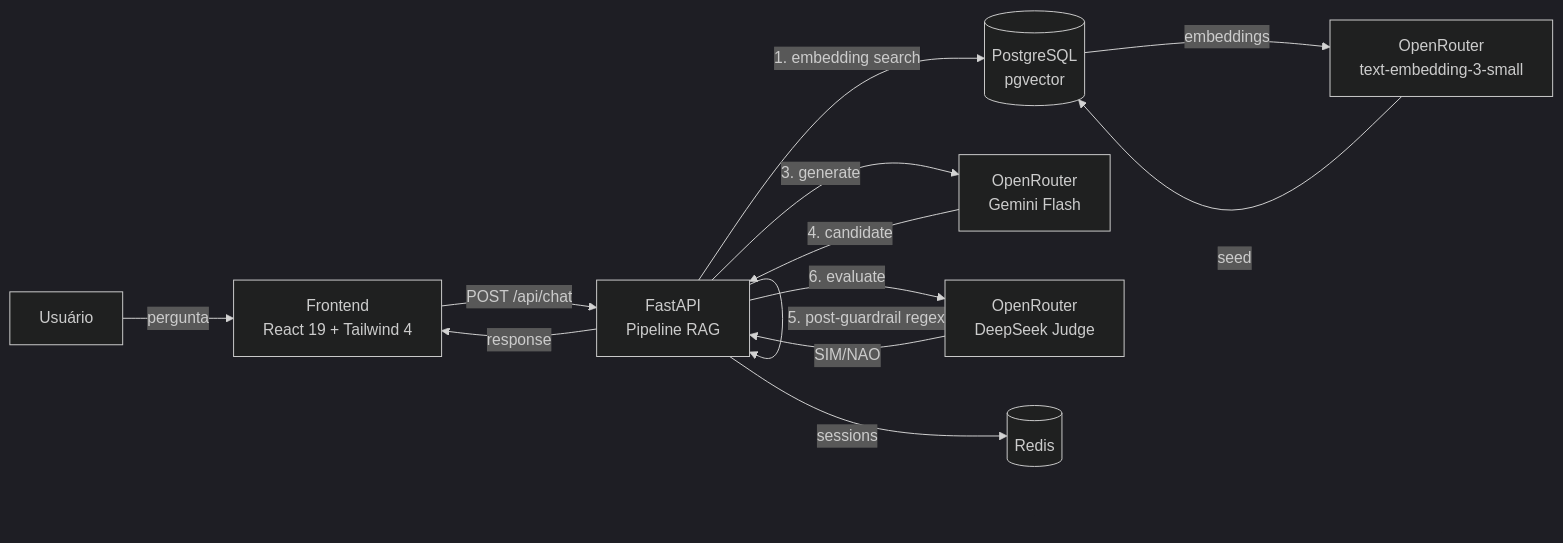
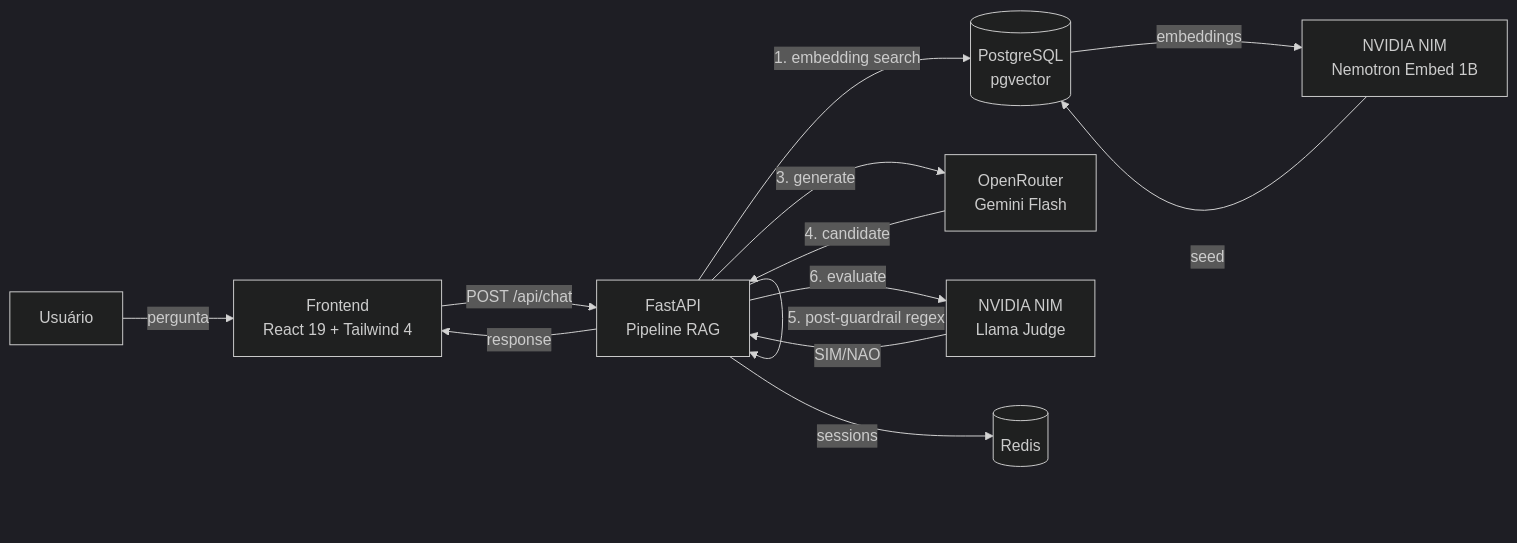
The diagram in README.md (rodrigoss384/agent-reliability-lab), drawn with Mermaid (dark theme) before and after one commit. The commit also changed other lines of this file and 23 other files, not shown here.

````diff
--- a/README.md
+++ b/README.md
@@ -24,16 +25,16 @@
 ```mermaid
 flowchart LR
     U[Usuário] -->|pergunta| FE[Frontend<br/>React 19 + Tailwind 4]
     FE -->|POST /api/chat| API[FastAPI<br/>Pipeline RAG]
     API -->|1. embedding search| PG[(PostgreSQL<br/>pgvector)]
     API -->|2. pre-guardrail regex| API
     API -->|3. generate| OR[OpenRouter<br/>Gemini Flash]
     OR -->|4. candidate| API
     API -->|5. post-guardrail regex| API
-    API -->|6. evaluate| OR2[OpenRouter<br/>DeepSeek Judge]
-    OR2 -->|SIM/NAO| API
+    API -->|6. evaluate| NJ[NVIDIA NIM<br/>Llama Judge]
+    NJ -->|SIM/NAO| API
     API -->|sessions| RD[(Redis)]
     API -->|response| FE
-    PG -->|embeddings| OE[OpenRouter<br/>text-embedding-3-small]
-    OE -->|seed| PG
+    PG -->|embeddings| NE[NVIDIA NIM<br/>Nemotron Embed 1B]
+    NE -->|seed| PG
 ```
````
